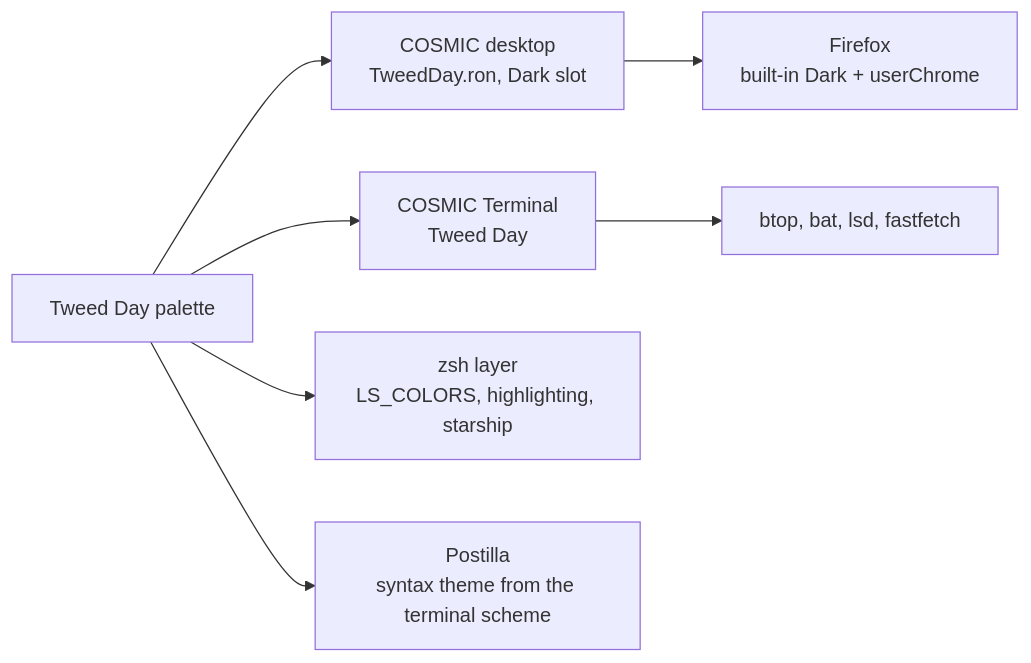
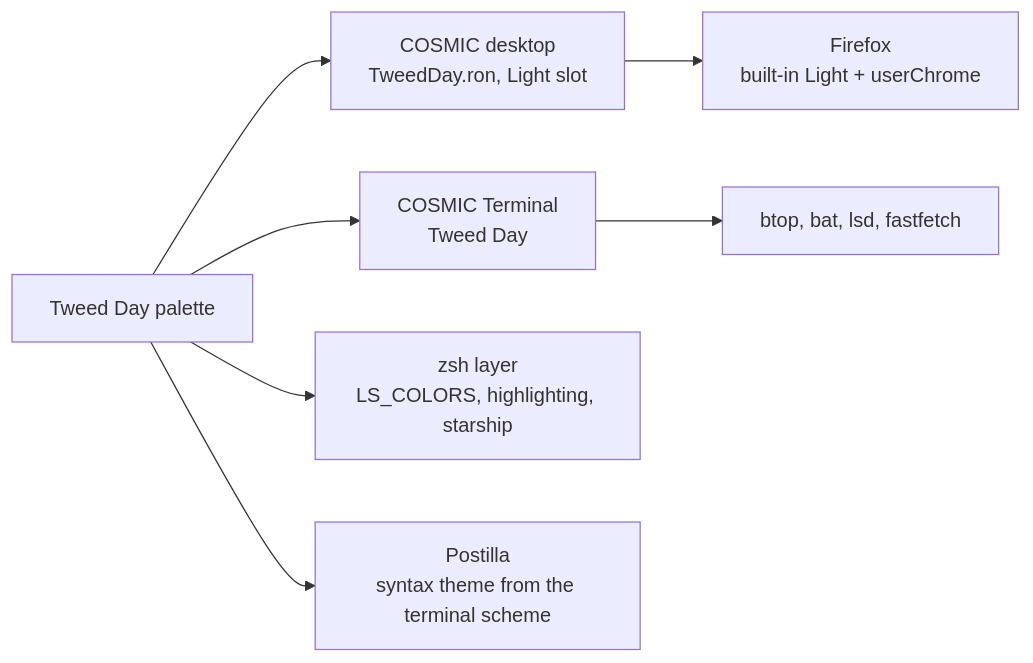
One commit to atraxsrc/cosmic-tweedday-theme changed the diagram in docs/showcase.md. Above: the diagram before and after it, drawn with Mermaid. The commit also changed 35 other files, not shown here.

Commit message:
light half: Light slot wording, syntax_theme_light, Dark cursor in the text colour, swatch URLs

````diff
--- a/docs/showcase.md
+++ b/docs/showcase.md
@@ -29,9 +29,9 @@
 ```mermaid
 flowchart LR
-    P[Tweed Day palette] --> D[COSMIC desktop<br/>TweedDay.ron, Dark slot]
+    P[Tweed Day palette] --> D[COSMIC desktop<br/>TweedDay.ron, Light slot]
     P --> T[COSMIC Terminal<br/>Tweed Day]
     P --> S[zsh layer<br/>LS_COLORS, highlighting, starship]
     P --> E[Postilla<br/>syntax theme from the terminal scheme]
     T --> B[btop, bat, lsd, fastfetch]
-    D --> F[Firefox<br/>built-in Dark + userChrome]
+    D --> F[Firefox<br/>built-in Light + userChrome]
 ```
````
